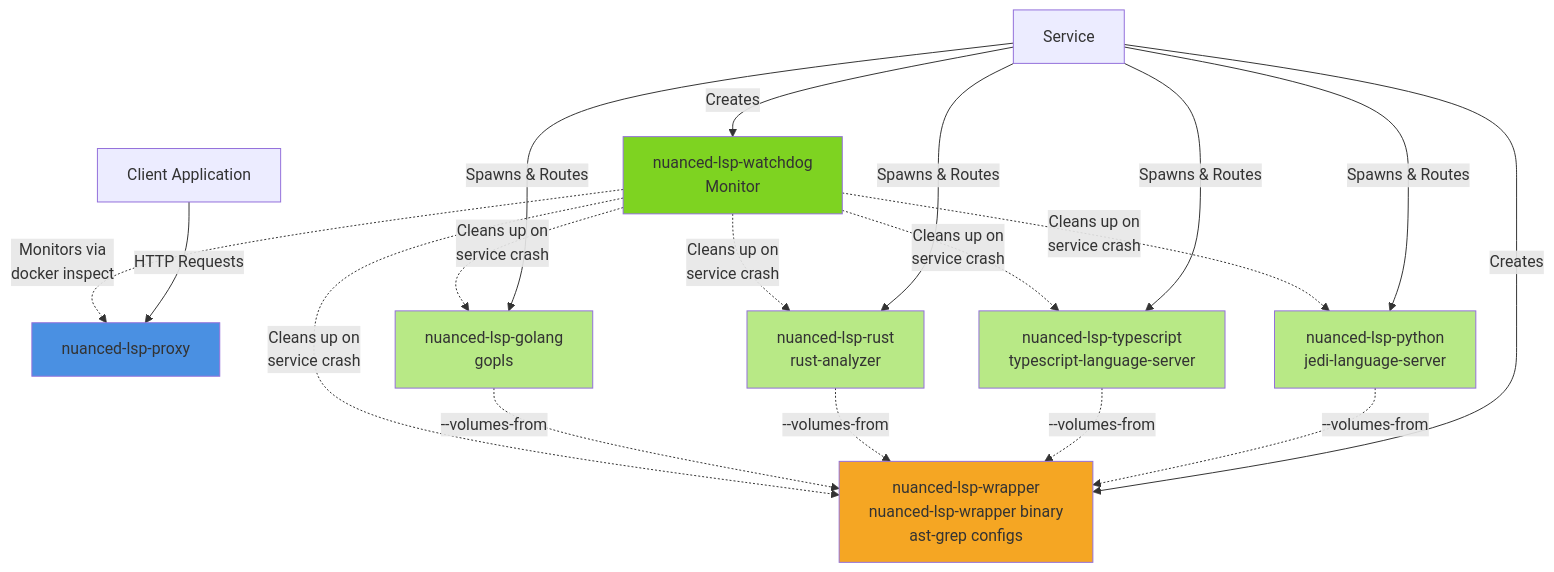
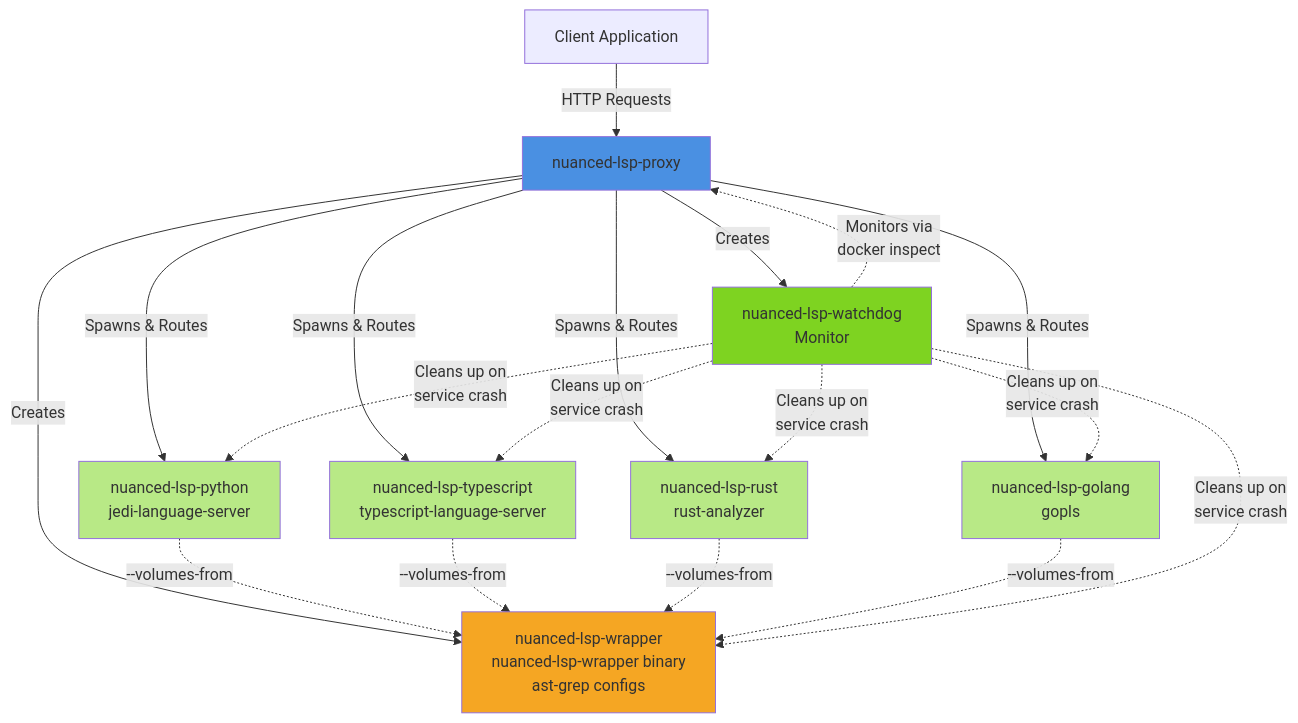
The first of 4 diagrams in README.md (nuanced-dev/lsproxy), drawn with Mermaid before and after one commit.

Commit message:
Update architecture mermaid diagram

````diff
--- a/README.md
+++ b/README.md
@@ -49,30 +49,30 @@
 ```mermaid
 graph TD
     Client[Client Application] -->|HTTP Requests| Proxy[nuanced-lsp-proxy]
-    Service -->|Spawns & Routes| Python[nuanced-lsp-python<br/>jedi-language-server]
-    Service -->|Spawns & Routes| TypeScript[nuanced-lsp-typescript<br/>typescript-language-server]
-    Service -->|Spawns & Routes| Rust[nuanced-lsp-rust<br/>rust-analyzer]
-    Service -->|Spawns & Routes| Golang[nuanced-lsp-golang<br/>gopls]
-    Service -->|Creates| Wrapper[nuanced-lsp-wrapper<br/>nuanced-lsp-wrapper binary<br/>ast-grep configs]
+    Proxy -->|Spawns & Routes| Python[nuanced-lsp-python<br/>jedi-language-server]
+    Proxy -->|Spawns & Routes| TypeScript[nuanced-lsp-typescript<br/>typescript-language-server]
+    Proxy -->|Spawns & Routes| Rust[nuanced-lsp-rust<br/>rust-analyzer]
+    Proxy -->|Spawns & Routes| Golang[nuanced-lsp-golang<br/>gopls]
+    Proxy -->|Creates| Wrapper[nuanced-lsp-wrapper<br/>nuanced-lsp-wrapper binary<br/>ast-grep configs]
 
     Python -.->|--volumes-from| Wrapper
     TypeScript -.->|--volumes-from| Wrapper
     Rust -.->|--volumes-from| Wrapper
     Golang -.->|--volumes-from| Wrapper
 
-    Service -->|Creates| Watchdog[nuanced-lsp-watchdog<br/>Monitor]
+    Proxy -->|Creates| Watchdog[nuanced-lsp-watchdog<br/>Monitor]
     Watchdog -.->|Monitors via<br/>docker inspect| Proxy
     Watchdog -.->|Cleans up on<br/>service crash| Python
     Watchdog -.->|Cleans up on<br/>service crash| TypeScript
     Watchdog -.->|Cleans up on<br/>service crash| Rust
     Watchdog -.->|Cleans up on<br/>service crash| Golang
     Watchdog -.->|Cleans up on<br/>service crash| Wrapper
 
     style Proxy fill:#4A90E2
     style Wrapper fill:#F5A623
     style Watchdog fill:#7ED321
     style Python fill:#B8E986
     style TypeScript fill:#B8E986
     style Rust fill:#B8E986
     style Golang fill:#B8E986
 ```
````
